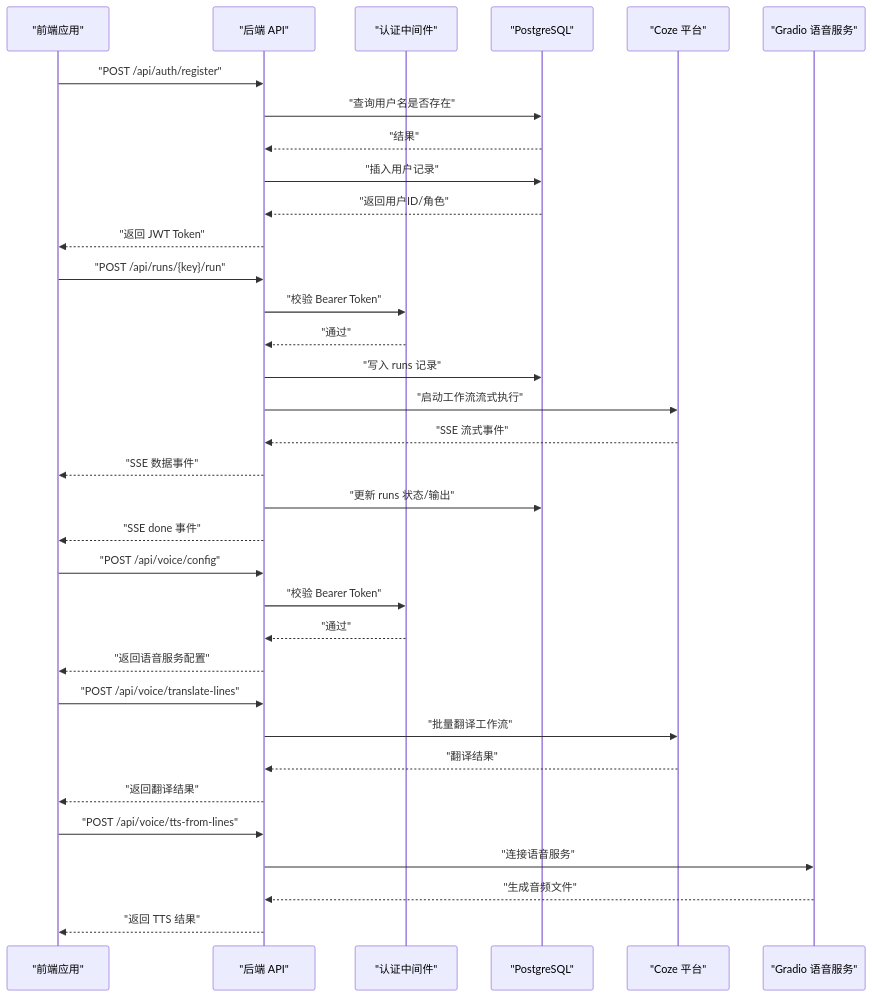
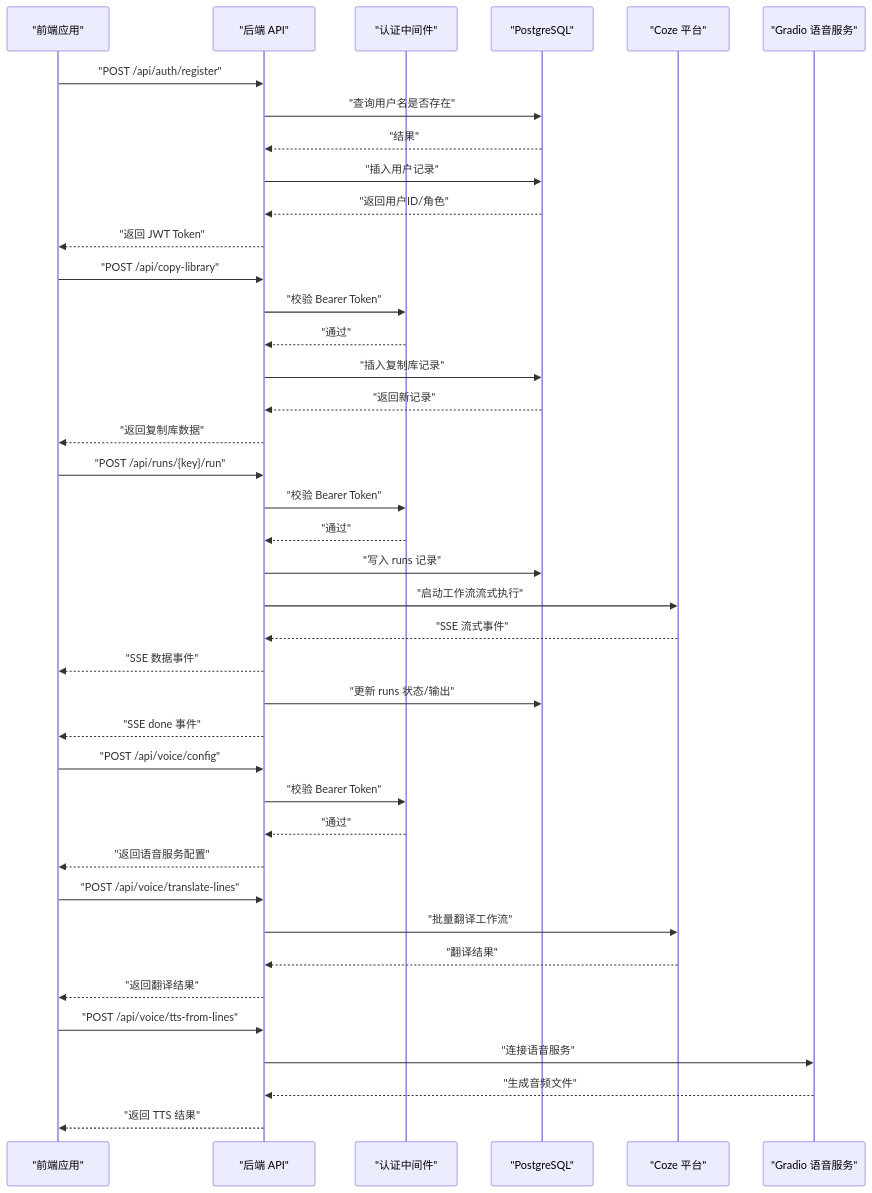
Before and after one commit to hanksd769-droid/sailshub: the second of 9 diagrams in .qoder/repowiki/zh/content/API 接口文档/API 接口文档.md, drawn with Mermaid. The commit also changed other lines of this file and 6 other files, not shown here.

````diff
--- a/.qoder/repowiki/zh/content/API 接口文档/API 接口文档.md
+++ b/.qoder/repowiki/zh/content/API 接口文档/API 接口文档.md
@@ -138,36 +150,42 @@
 ```mermaid
 sequenceDiagram
 participant FE as "前端应用"
 participant API as "后端 API"
 participant AUTH as "认证中间件"
 participant DB as "PostgreSQL"
 participant COZE as "Coze 平台"
 participant GRADIO as "Gradio 语音服务"
 FE->>API : "POST /api/auth/register"
 API->>DB : "查询用户名是否存在"
 DB-->>API : "结果"
 API->>DB : "插入用户记录"
 DB-->>API : "返回用户ID/角色"
 API-->>FE : "返回 JWT Token"
+FE->>API : "POST /api/copy-library"
+API->>AUTH : "校验 Bearer Token"
+AUTH-->>API : "通过"
+API->>DB : "插入复制库记录"
+DB-->>API : "返回新记录"
+API-->>FE : "返回复制库数据"
 FE->>API : "POST /api/runs/{key}/run"
 API->>AUTH : "校验 Bearer Token"
 AUTH-->>API : "通过"
 API->>DB : "写入 runs 记录"
 API->>COZE : "启动工作流流式执行"
 COZE-->>API : "SSE 流式事件"
 API-->>FE : "SSE 数据事件"
 API->>DB : "更新 runs 状态/输出"
 API-->>FE : "SSE done 事件"
 FE->>API : "POST /api/voice/config"
 API->>AUTH : "校验 Bearer Token"
 AUTH-->>API : "通过"
 API-->>FE : "返回语音服务配置"
 FE->>API : "POST /api/voice/translate-lines"
 API->>COZE : "批量翻译工作流"
 COZE-->>API : "翻译结果"
 API-->>FE : "返回翻译结果"
 FE->>API : "POST /api/voice/tts-from-lines"
 API->>GRADIO : "连接语音服务"
 GRADIO-->>API : "生成音频文件"
 API-->>FE : "返回 TTS 结果"
 ```
````
